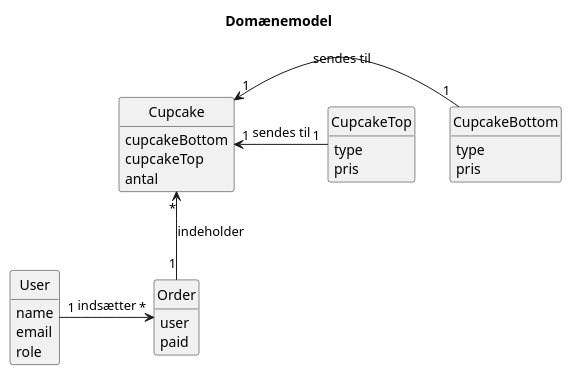
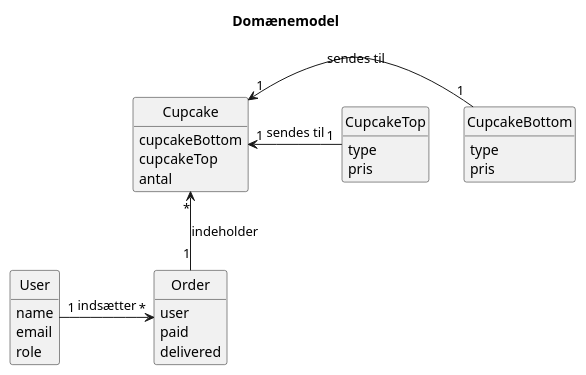
Before and after one commit to tobias-z/Cupcake-Resterende: the diagram in src/main/java/plantuml/domaindiagram.puml, drawn with PlantUML. The commit also changed 25 other files, not shown here.

Commit message:
added package in plantuml

```diff
--- a/src/main/java/plantuml/domaindiagram.puml
+++ b/src/main/java/plantuml/domaindiagram.puml
@@ -1,42 +1,43 @@
 @startuml
 
 Title Domænemodel
 
 hide circle
 hide methods
 
 
 class Cupcake {
     cupcakeBottom
     cupcakeTop
     antal
 }
 
 class CupcakeBottom {
    type
    pris
 }
 
 class CupcakeTop {
    type
    pris
 }
 
 class Order {
     user
     paid
+    delivered
 }
 
 class User {
     name
     email
     role
 }
 
 User "1" -right-> "*" Order: indsætter
 Cupcake "1" <-right- "1" CupcakeBottom: sendes til
 Cupcake "1" <-right- "1" CupcakeTop: sendes til
 Cupcake "*" <-- "1" Order: indeholder
 
 
 @enduml
```
